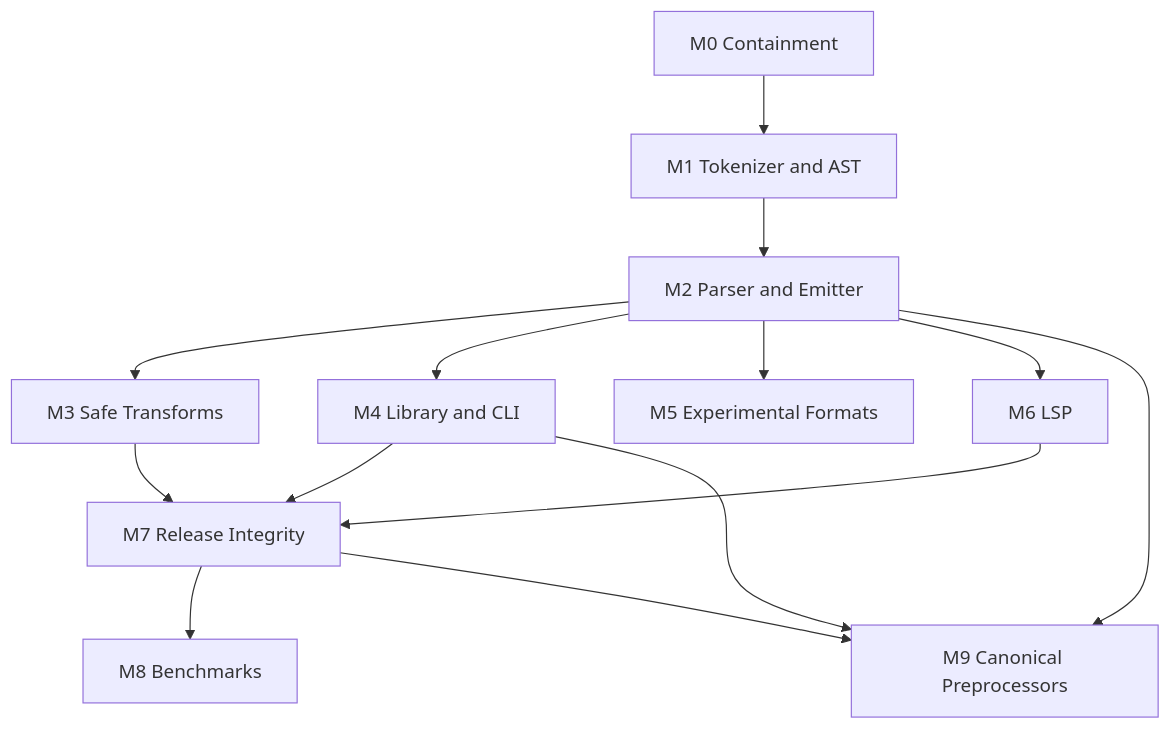
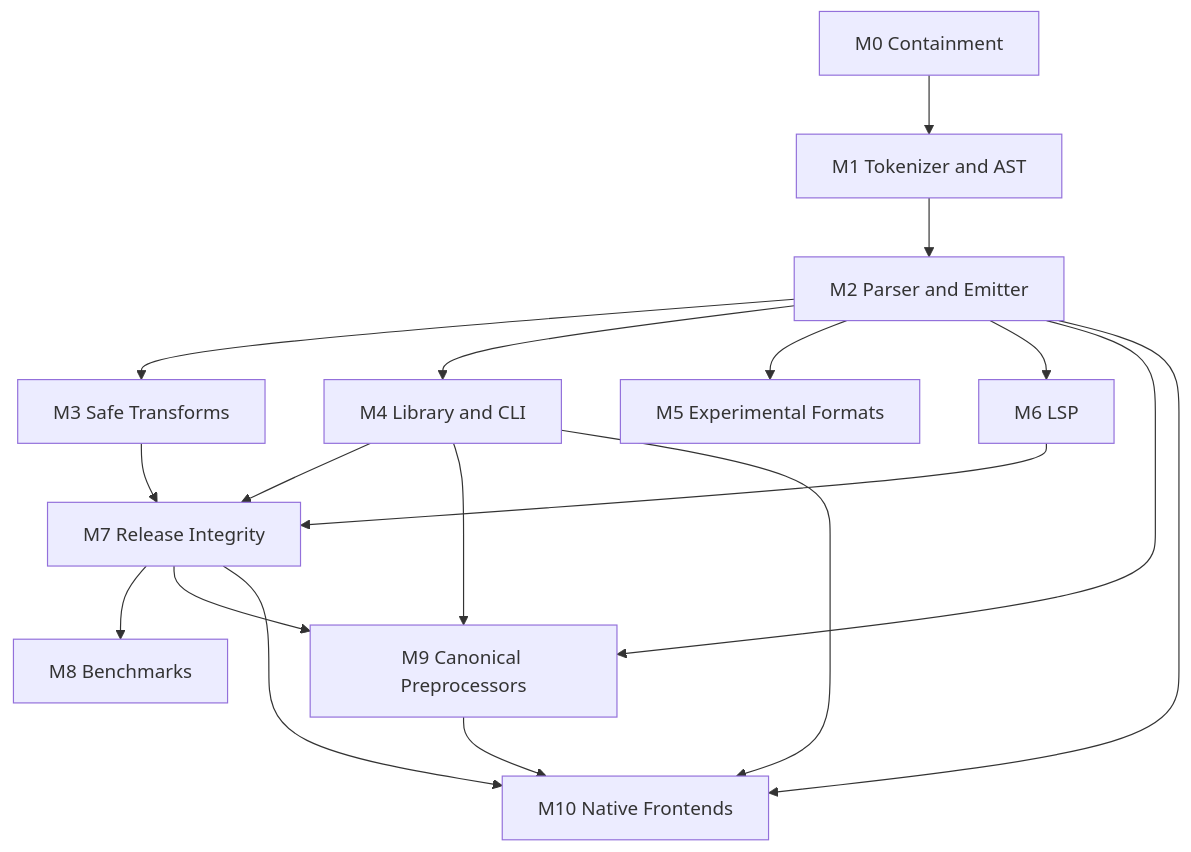
One commit to vyakymenko/zigcss changed the diagram in DEVELOPMENT_PLAN.md. Above: the diagram before and after it, drawn with Mermaid. The commit also changed other lines of this file and 11 other files, not shown here.

````diff
--- a/DEVELOPMENT_PLAN.md
+++ b/DEVELOPMENT_PLAN.md
@@ -667,16 +734,20 @@
 ```mermaid
 flowchart TD
     M0["M0 Containment"] --> M1["M1 Tokenizer and AST"]
     M1 --> M2["M2 Parser and Emitter"]
     M2 --> M3["M3 Safe Transforms"]
     M2 --> M4["M4 Library and CLI"]
     M2 --> M5["M5 Experimental Formats"]
     M2 --> M6["M6 LSP"]
     M3 --> M7["M7 Release Integrity"]
     M4 --> M7
     M6 --> M7
     M7 --> M8["M8 Benchmarks"]
     M2 --> M9["M9 Canonical Preprocessors"]
     M4 --> M9
     M7 --> M9
+    M9 --> M10["M10 Native Frontends"]
+    M2 --> M10
+    M4 --> M10
+    M7 --> M10
 ```
````
